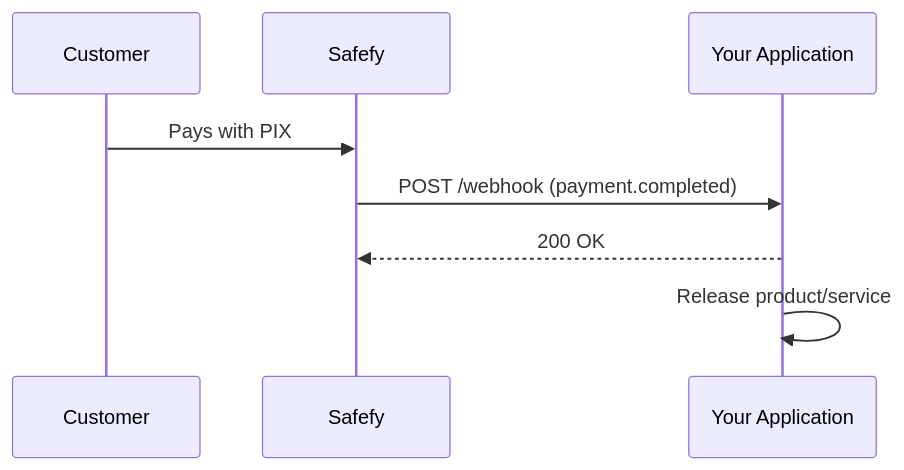
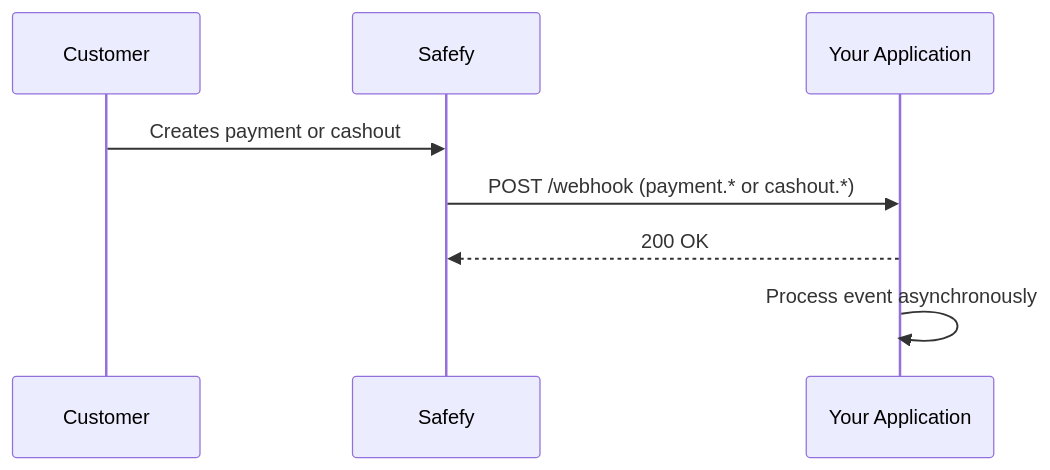
Before and after one commit to Safefy-Pay/docs: the first of 2 diagrams in en/webhooks.mdx, drawn with Mermaid. The commit also changed other lines of this file and 45 other files, not shown here.

````diff
--- a/en/webhooks.mdx
+++ b/en/webhooks.mdx
@@ -12,11 +12,11 @@
 ```mermaid
 sequenceDiagram
-    participant Cliente as Customer
+    participant Customer as Customer
     participant Safefy as Safefy
     participant App as Your Application
     
-    Cliente->>Safefy: Pays with PIX
-    Safefy->>App: POST /webhook (payment.completed)
+    Customer->>Safefy: Creates payment or cashout
+    Safefy->>App: POST /webhook (payment.* or cashout.*)
     App-->>Safefy: 200 OK
-    App->>App: Release product/service
+    App->>App: Process event asynchronously
 ```
````
